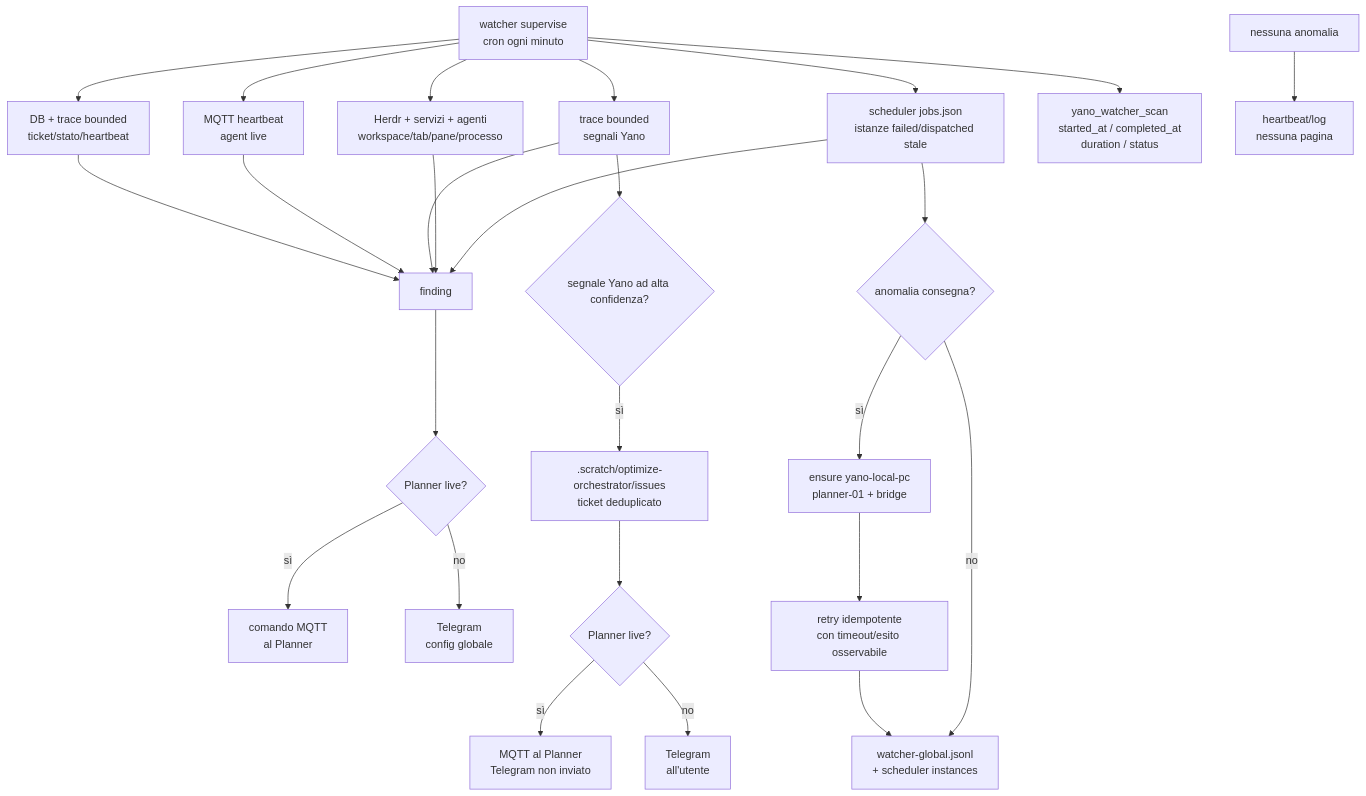
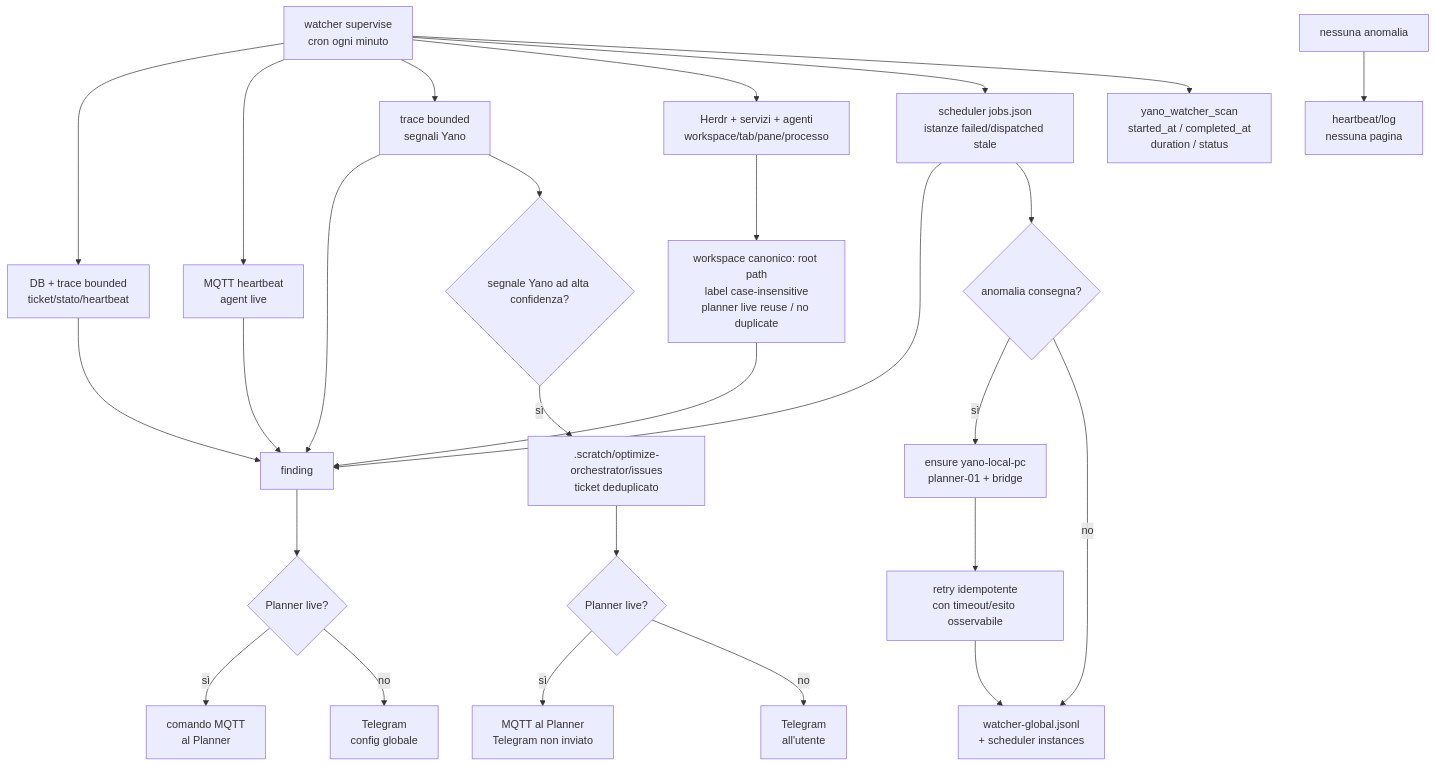
Before and after one commit to alessiobacin/yano-orchestrator: the diagram in docs/diagram/04-watcher-routing.mmd, drawn with Mermaid. The commit also changed 9 other files, not shown here.

```diff
--- a/docs/diagram/04-watcher-routing.mmd
+++ b/docs/diagram/04-watcher-routing.mmd
@@ -1,26 +1,27 @@
 flowchart TD
     LOOP["watcher supervise\ncron ogni minuto"] --> DB["DB + trace bounded\nticket/stato/heartbeat"]
     LOOP --> HEARTBEAT["MQTT heartbeat\nagent live"]
     LOOP --> TRACE["trace bounded\nsegnali Yano"]
     LOOP --> SERVICES["Herdr + servizi + agenti\nworkspace/tab/pane/processo"]
     LOOP --> SCHEDULES["scheduler jobs.json\nistanze failed/dispatched stale"]
     LOOP --> SCAN["yano_watcher_scan\nstarted_at / completed_at\nduration / status"]
     DB --> FINDING["finding"]
     HEARTBEAT --> FINDING
     TRACE --> FINDING
-    SERVICES --> FINDING
+    SERVICES --> IDENTITY["workspace canonico: root path\nlabel case-insensitive\nplanner live reuse / no duplicate"]
+    IDENTITY --> FINDING
     SCHEDULES --> FINDING
     FINDING --> PLANNER{"Planner live?"}
     PLANNER -- sì --> MQTT["comando MQTT\nal Planner"]
     PLANNER -- no --> TELEGRAM["Telegram\nconfig globale"]
     SCHEDULES --> REMEDY{"anomalia consegna?"}
     REMEDY -- sì --> LOCALPC["ensure yano-local-pc\nplanner-01 + bridge"]
     LOCALPC --> RETRY["retry idempotente\ncon timeout/esito osservabile"]
     RETRY --> LOG["watcher-global.jsonl\n+ scheduler instances"]
     REMEDY -- no --> LOG
     TRACE --> YANO{"segnale Yano ad alta confidenza?"}
     YANO -- sì --> TICKET[".scratch/optimize-orchestrator/issues\nticket deduplicato"]
     TICKET --> TICKET_ROUTE{"Planner live?"}
     TICKET_ROUTE -- sì --> TICKET_MQTT["MQTT al Planner\nTelegram non inviato"]
     TICKET_ROUTE -- no --> TICKET_TELEGRAM["Telegram\nall'utente"]
     CLEAN["nessuna anomalia"] --> QUIET["heartbeat/log\nnessuna pagina"]
```
